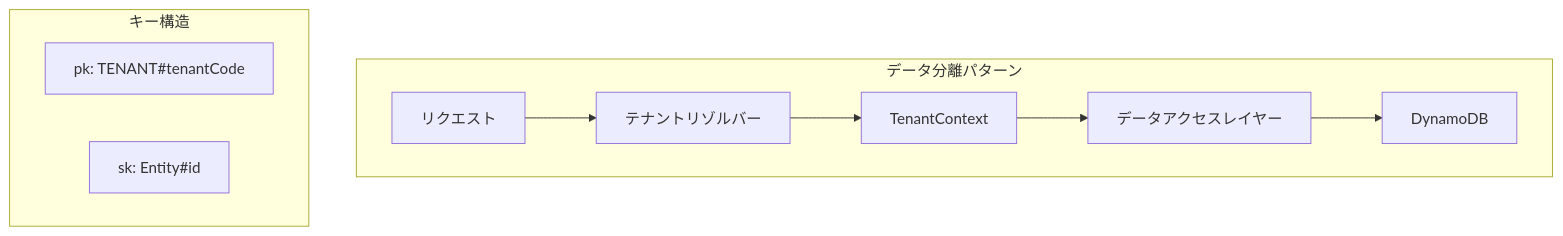
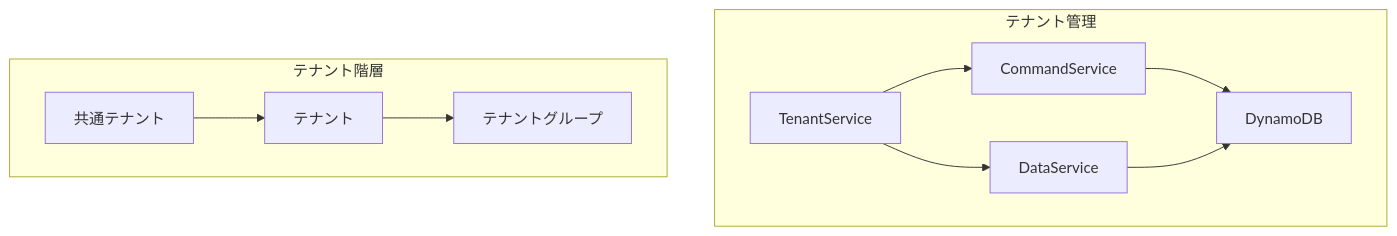
The diagram in i18n/ja/docusaurus-plugin-content-docs/current/tenant.md (mbc-net/mbc-cqrs-serverless-doc), drawn with Mermaid before and after one commit. The commit also changed other lines of this file and 12 other files, not shown here.

First line of the commit message:
docs: fix implementation discrepancies and add TenantService documentation

````diff
--- a/i18n/ja/docusaurus-plugin-content-docs/current/tenant.md
+++ b/i18n/ja/docusaurus-plugin-content-docs/current/tenant.md
@@ -18,14 +11,14 @@
 ```mermaid
 graph TB
-    subgraph "データ分離パターン"
-        A["リクエスト"] --> B["テナントリゾルバー"]
-        B --> C["TenantContext"]
-        C --> D["データアクセスレイヤー"]
-        D --> E["DynamoDB"]
+    subgraph "テナント管理"
+        A["TenantService"] --> B["CommandService"]
+        A --> C["DataService"]
+        B --> D["DynamoDB"]
+        C --> D
     end
 
-    subgraph "キー構造"
-        F["pk: TENANT#tenantCode"]
-        G["sk: Entity#id"]
+    subgraph "テナント階層"
+        E["共通テナント"] --> F["テナント"]
+        F --> G["テナントグループ"]
     end
 ```
````
